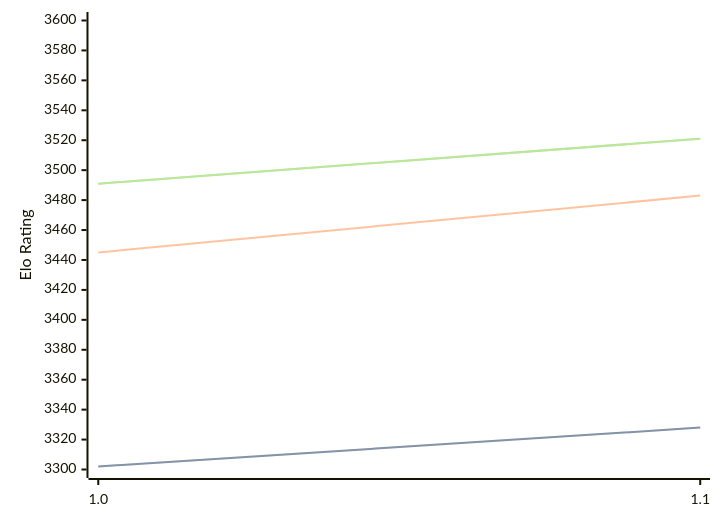
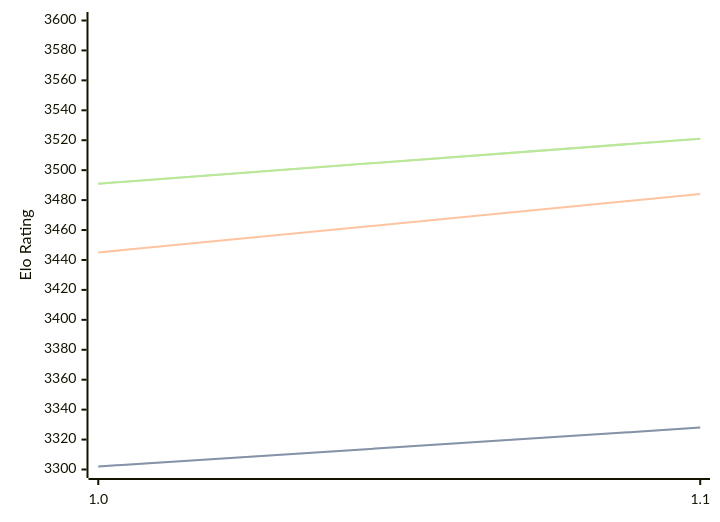
Before and after one commit to computer-chess-index/cci: the third of 3 diagrams in engines/Icarus.md, drawn with Mermaid. The commit also changed other lines of this file, not shown here.

````diff
--- a/engines/Icarus.md
+++ b/engines/Icarus.md
@@ -65,11 +65,11 @@
 ```mermaid
 %%{init: {"theme":"base","themeVariables":{"seriesColors:['#a3a3a3','#222221','#faa371']}}}%%
 xychart-beta
   x-axis ["1.0", "1.1"]
   y-axis "Elo Rating" 3300 --> 3600
   line "STC (8.0+0.08s)" [3302, 3328]
   line "STC (8.0+0.08s)" [3302, 3328]
-  line "LTC (60.0+0.60s)" [3445, 3483]
+  line "LTC (60.0+0.60s)" [3445, 3484]
   line "VLTC (2m24s+1.12s)" [3491, 3521]
   line "VLTC (2m24s+1.12s)" [3491, 3521]
 ```
````
